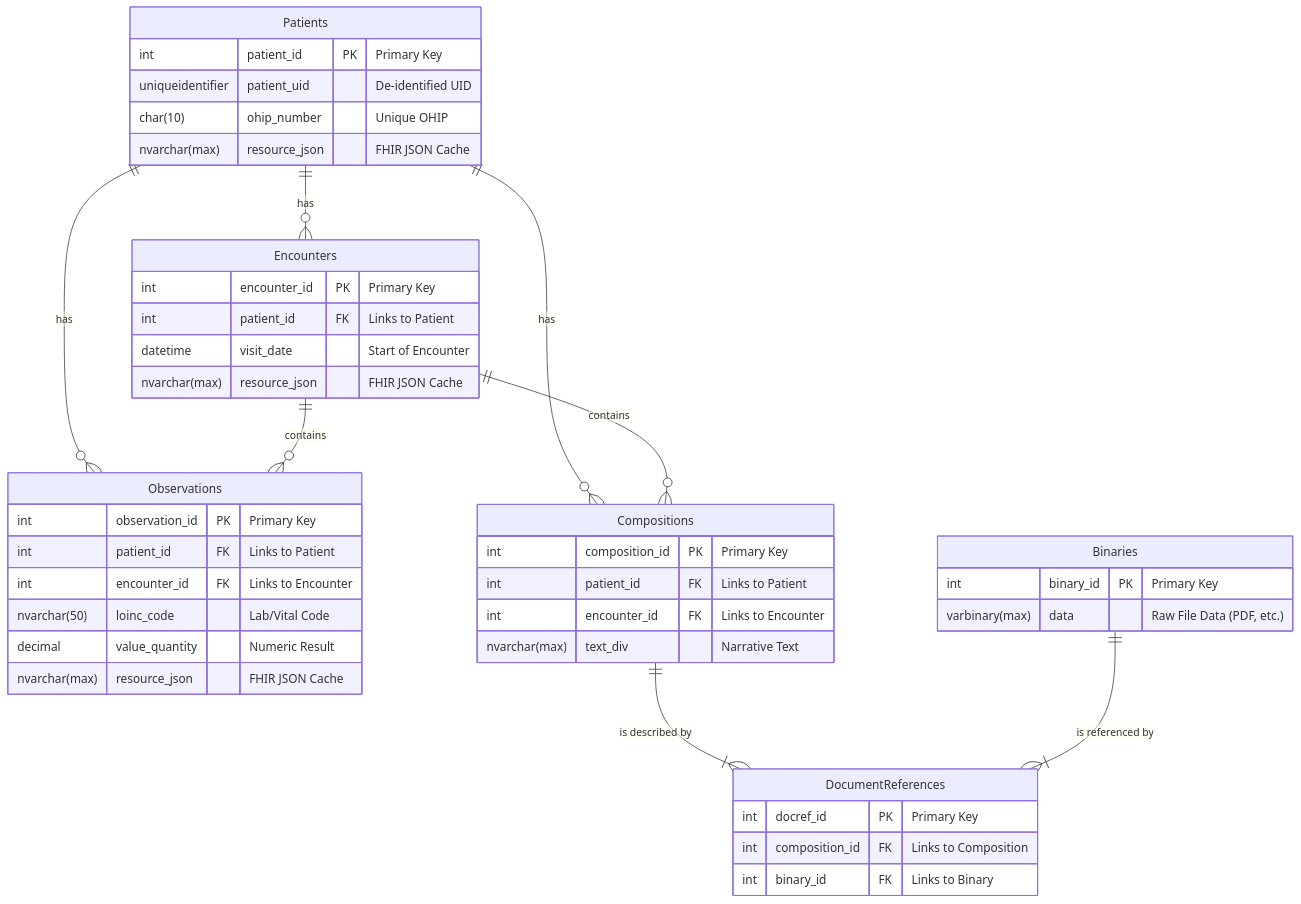
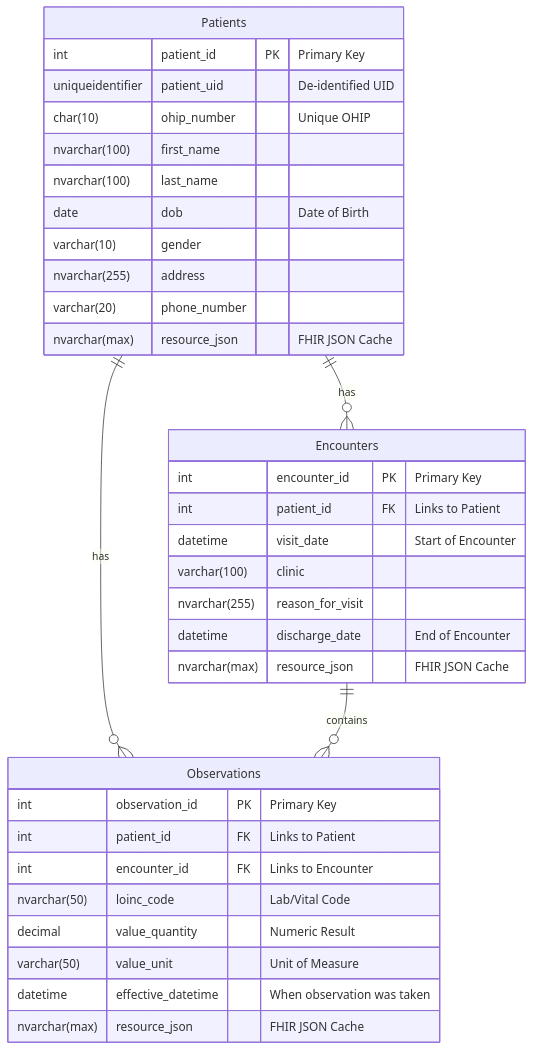
The diagram in DatabaseREADME.md (vdnnguyen94/lhsc-fhir-server), drawn with Mermaid before and after one commit. The commit also changed other lines of this file, not shown here.

````diff
--- a/DatabaseREADME.md
+++ b/DatabaseREADME.md
@@ -18,52 +17,40 @@
 ```mermaid
 erDiagram
     Patients {
         int patient_id PK "Primary Key"
         uniqueidentifier patient_uid "De-identified UID"
         char(10) ohip_number "Unique OHIP"
+        nvarchar(100) first_name
+        nvarchar(100) last_name
+        date dob "Date of Birth"
+        varchar(10) gender
+        nvarchar(255) address
+        varchar(20) phone_number
         nvarchar(max) resource_json "FHIR JSON Cache"
     }
 
     Encounters {
         int encounter_id PK "Primary Key"
         int patient_id FK "Links to Patient"
         datetime visit_date "Start of Encounter"
+        varchar(100) clinic
+        nvarchar(255) reason_for_visit
+        datetime discharge_date "End of Encounter"
         nvarchar(max) resource_json "FHIR JSON Cache"
     }
 
     Observations {
         int observation_id PK "Primary Key"
         int patient_id FK "Links to Patient"
         int encounter_id FK "Links to Encounter"
         nvarchar(50) loinc_code "Lab/Vital Code"
         decimal value_quantity "Numeric Result"
+        varchar(50) value_unit "Unit of Measure"
+        datetime effective_datetime "When observation was taken"
         nvarchar(max) resource_json "FHIR JSON Cache"
-    }
-    
-    Compositions {
-        int composition_id PK "Primary Key"
-        int patient_id FK "Links to Patient"
-        int encounter_id FK "Links to Encounter"
-        nvarchar(max) text_div "Narrative Text"
-    }
-
-    DocumentReferences {
-        int docref_id PK "Primary Key"
-        int composition_id FK "Links to Composition"
-        int binary_id FK "Links to Binary"
-    }
-
-    Binaries {
-        int binary_id PK "Primary Key"
-        varbinary(max) data "Raw File Data (PDF, etc.)"
     }
 
     Patients ||--o{ Encounters : "has"
     Patients ||--o{ Observations : "has"
     Encounters ||--o{ Observations : "contains"
-    Patients ||--o{ Compositions : "has"
-    Encounters ||--o{ Compositions : "contains"
-    Compositions ||--|{ DocumentReferences : "is described by"
-    Binaries ||--|{ DocumentReferences : "is referenced by"
-
 ```
````
